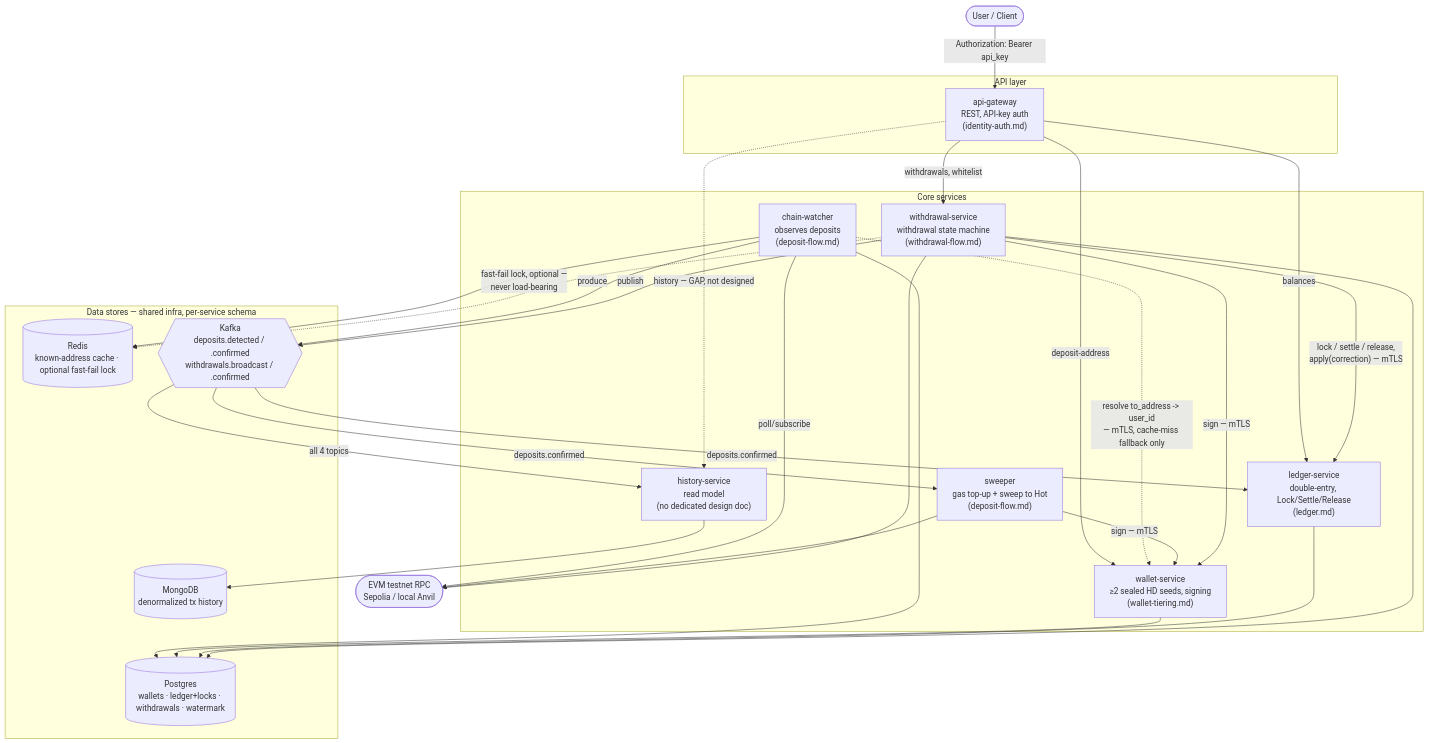
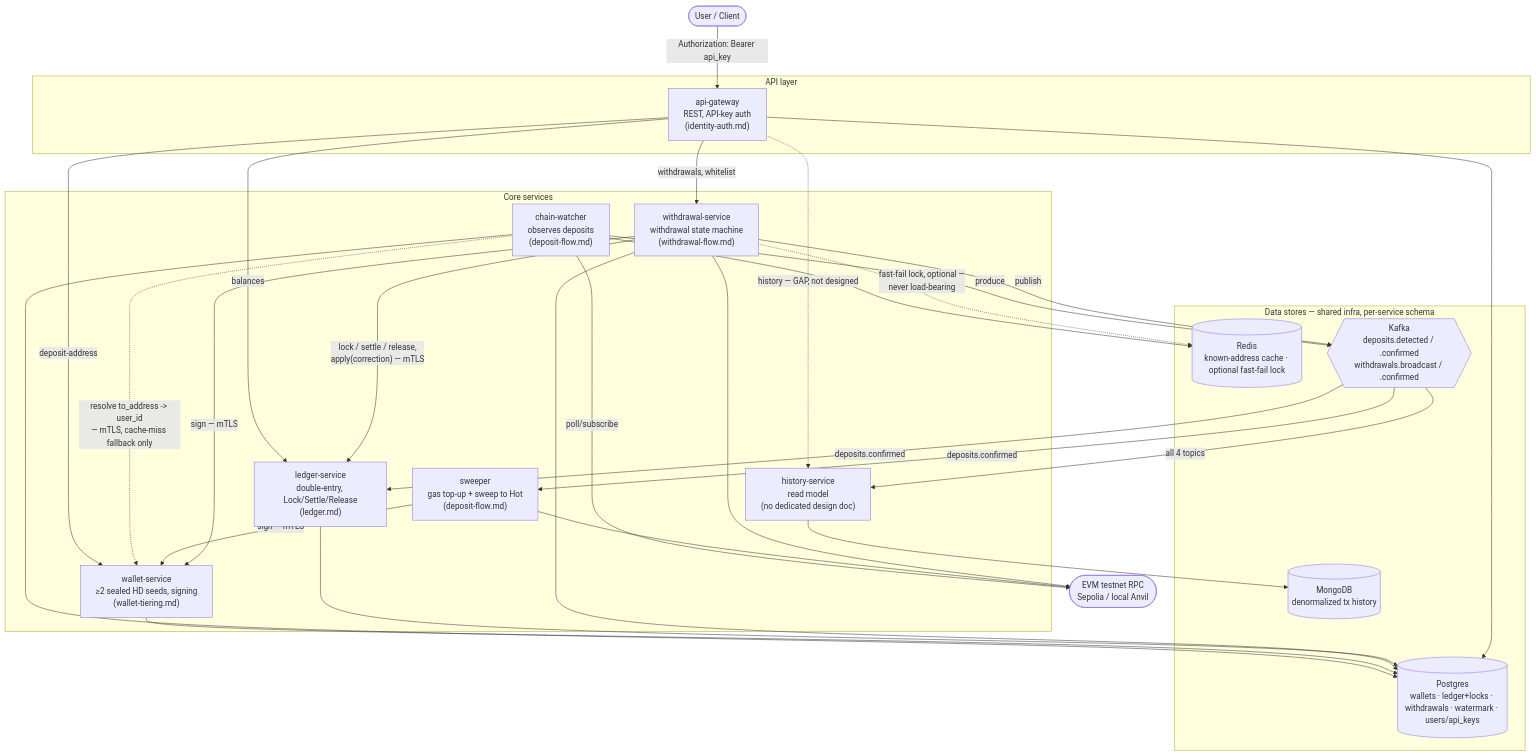
Before and after one commit to VuKhuongDuy/DigiWal: the diagram in docs/ARCHITECTURE.md, drawn with Mermaid. The commit also changed other lines of this file and 4 other files, not shown here.

````diff
--- a/docs/ARCHITECTURE.md
+++ b/docs/ARCHITECTURE.md
@@ -46,56 +46,57 @@
 ```mermaid
 flowchart TB
     Client(["User / Client"])
 
     subgraph API["API layer"]
         Gateway["api-gateway<br/>REST, API-key auth<br/>(identity-auth.md)"]
     end
 
     subgraph Core["Core services"]
         Wallet["wallet-service<br/>≥2 sealed HD seeds, signing<br/>(wallet-tiering.md)"]
         Watcher["chain-watcher<br/>observes deposits<br/>(deposit-flow.md)"]
         Sweeper["sweeper<br/>gas top-up + sweep to Hot<br/>(deposit-flow.md)"]
         Ledger["ledger-service<br/>double-entry, Lock/Settle/Release<br/>(ledger.md)"]
         Withdrawal["withdrawal-service<br/>withdrawal state machine<br/>(withdrawal-flow.md)"]
         History["history-service<br/>read model<br/>(no dedicated design doc)"]
     end
 
     subgraph Stores["Data stores — shared infra, per-service schema"]
-        PG[("Postgres<br/>wallets · ledger+locks · withdrawals · watermark")]
+        PG[("Postgres<br/>wallets · ledger+locks · withdrawals · watermark · users/api_keys")]
         Redis[("Redis<br/>known-address cache · optional fast-fail lock")]
         Kafka{{"Kafka<br/>deposits.detected / .confirmed<br/>withdrawals.broadcast / .confirmed"}}
         Mongo[("MongoDB<br/>denormalized tx history")]
     end
 
     Chain(["EVM testnet RPC<br/>Sepolia / local Anvil"])
 
     Client -->|"Authorization: Bearer api_key"| Gateway
     Gateway -->|"deposit-address"| Wallet
     Gateway -->|"balances"| Ledger
     Gateway -->|"withdrawals, whitelist"| Withdrawal
     Gateway -.->|"history — GAP, not designed"| History
 
     Watcher -->|poll/subscribe| Chain
     Watcher --> Redis
     Watcher --> PG
     Watcher -.->|"resolve to_address -> user_id<br/>— mTLS, cache-miss fallback only"| Wallet
     Watcher -->|produce| Kafka
 
     Kafka -->|deposits.confirmed| Sweeper
     Kafka -->|deposits.confirmed| Ledger
     Kafka -->|all 4 topics| History
 
     Sweeper -->|"sign — mTLS"| Wallet
     Sweeper --> Chain
 
     Withdrawal -->|"lock / settle / release,<br/>apply(correction) — mTLS"| Ledger
     Withdrawal -->|"sign — mTLS"| Wallet
     Withdrawal --> Chain
     Withdrawal -->|publish| Kafka
     Withdrawal -.->|"fast-fail lock, optional —<br/>never load-bearing"| Redis
 
     Wallet --> PG
     Ledger --> PG
     Withdrawal --> PG
+    Gateway --> PG
     History --> Mongo
 ```
````
